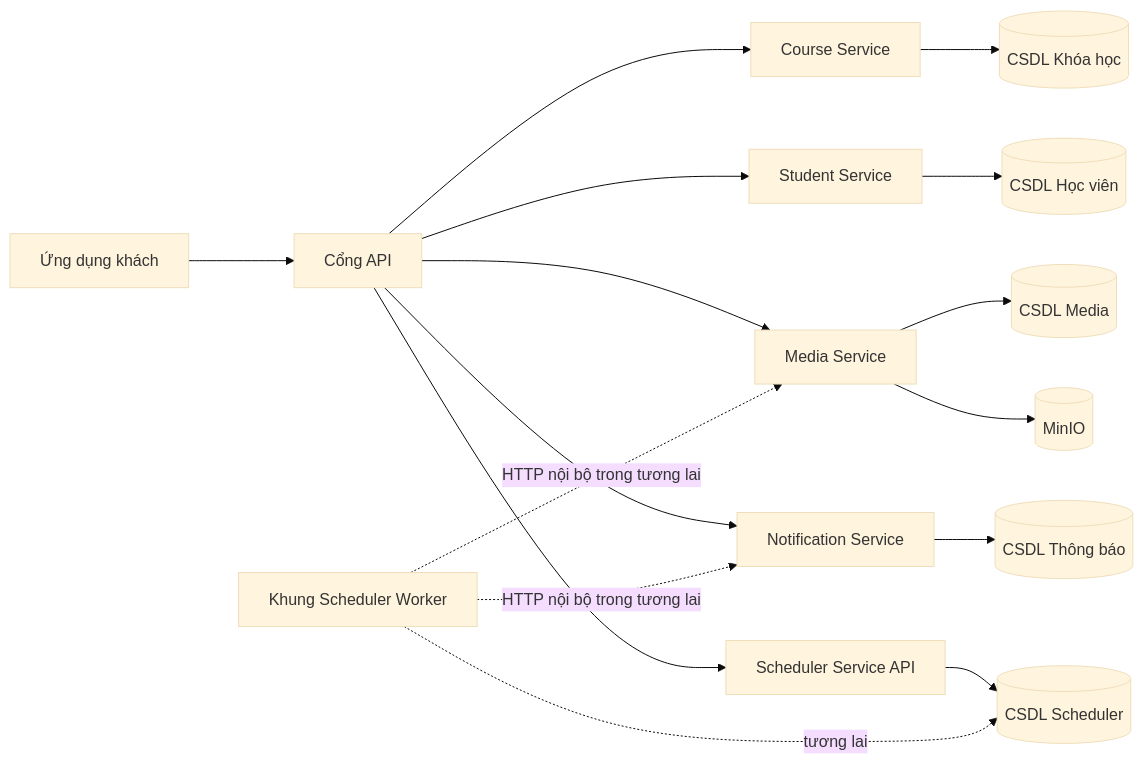
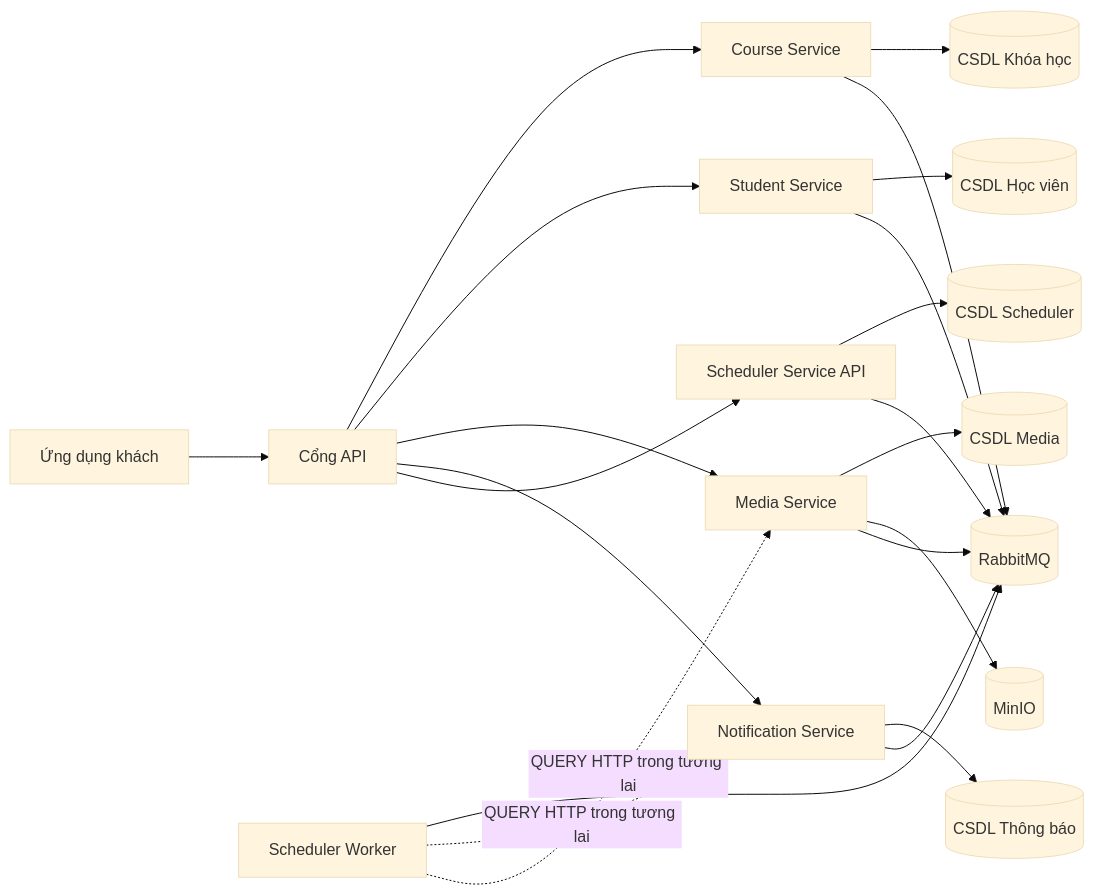
One commit to Minhduc7904/MiniProjectTrainingKaopiz changed the diagram in ducnm3/docs/architecture/microservices.md. Above: the diagram before and after it, drawn with Mermaid (base theme). The commit also changed other lines of this file and 58 other files, not shown here.

First line of the commit message:
add HTTP and RabbitMQ communication foundation

````diff
--- a/ducnm3/docs/architecture/microservices.md
+++ b/ducnm3/docs/architecture/microservices.md
@@ -5,18 +5,23 @@
 ```mermaid
 flowchart LR
     Client[Ứng dụng khách] --> Gateway[Cổng API]
     Gateway --> Course[Course Service]
     Gateway --> Student[Student Service]
     Gateway --> Media[Media Service]
     Gateway --> Notification[Notification Service]
     Gateway --> Scheduler[Scheduler Service API]
     Course --> CourseDb[(CSDL Khóa học)]
     Student --> StudentDb[(CSDL Học viên)]
     Media --> MediaDb[(CSDL Media)]
     Media --> MinIO[(MinIO)]
     Notification --> NotificationDb[(CSDL Thông báo)]
     Scheduler --> SchedulerDb[(CSDL Scheduler)]
-    SchedulerWorker[Khung Scheduler Worker] -. tương lai .-> SchedulerDb
-    SchedulerWorker -. HTTP nội bộ trong tương lai .-> Notification
-    SchedulerWorker -. HTTP nội bộ trong tương lai .-> Media
+    Course --> RabbitMQ[(RabbitMQ)]
+    Student --> RabbitMQ
+    Media --> RabbitMQ
+    Notification --> RabbitMQ
+    Scheduler --> RabbitMQ
+    SchedulerWorker[Scheduler Worker] --> RabbitMQ
+    SchedulerWorker -. QUERY HTTP trong tương lai .-> Notification
+    SchedulerWorker -. QUERY HTTP trong tương lai .-> Media
 ```
````
